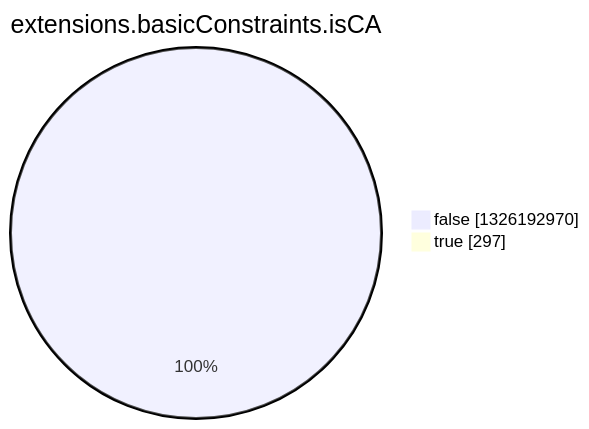
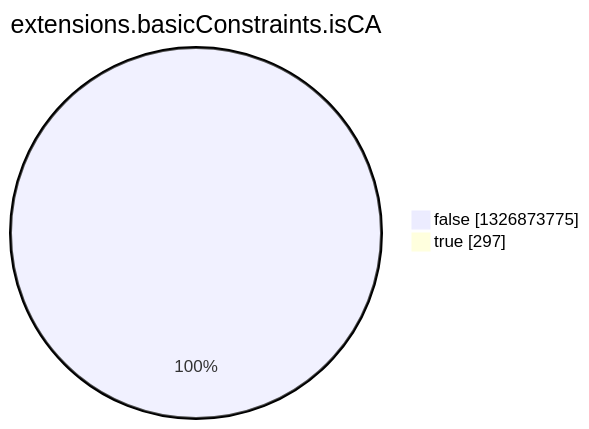
One commit to christiankrug/ctmonitor_visualization changed the eighth of 15 diagrams in argon2022/README.md. Above: the diagram before and after it, drawn with Mermaid. The commit also changed other lines of this file, not shown here.

````diff
--- a/argon2022/README.md
+++ b/argon2022/README.md
@@ -2758,6 +2758,6 @@
 ```mermaid
 pie showData
 title extensions.basicConstraints.isCA
-"false" :1326192970
+"false" :1326873775
 "true" :297
 ```
````
